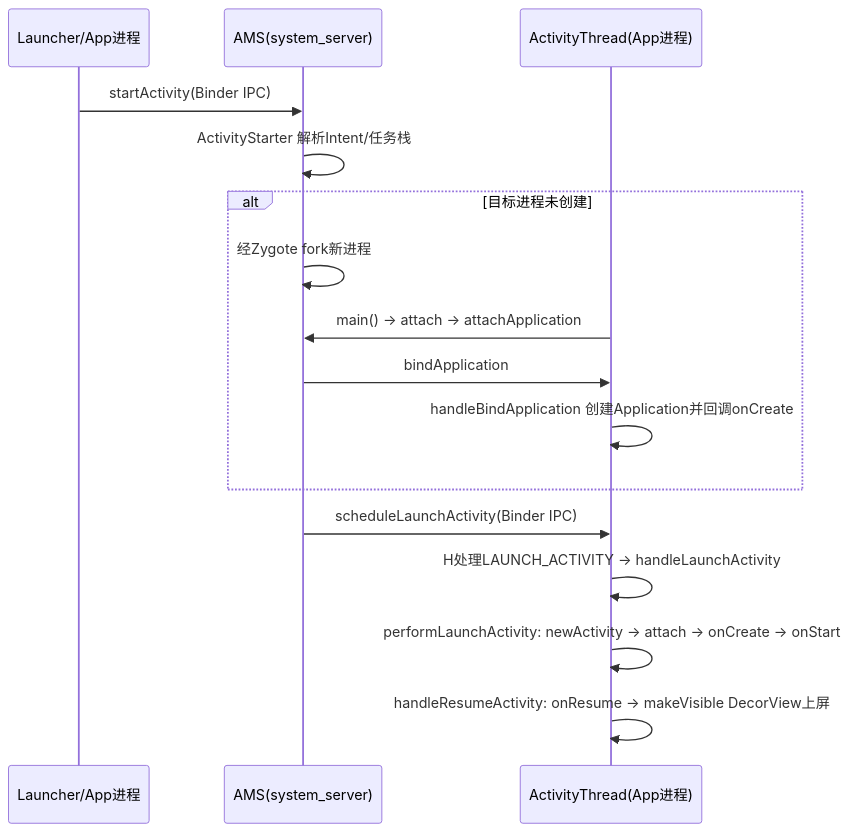
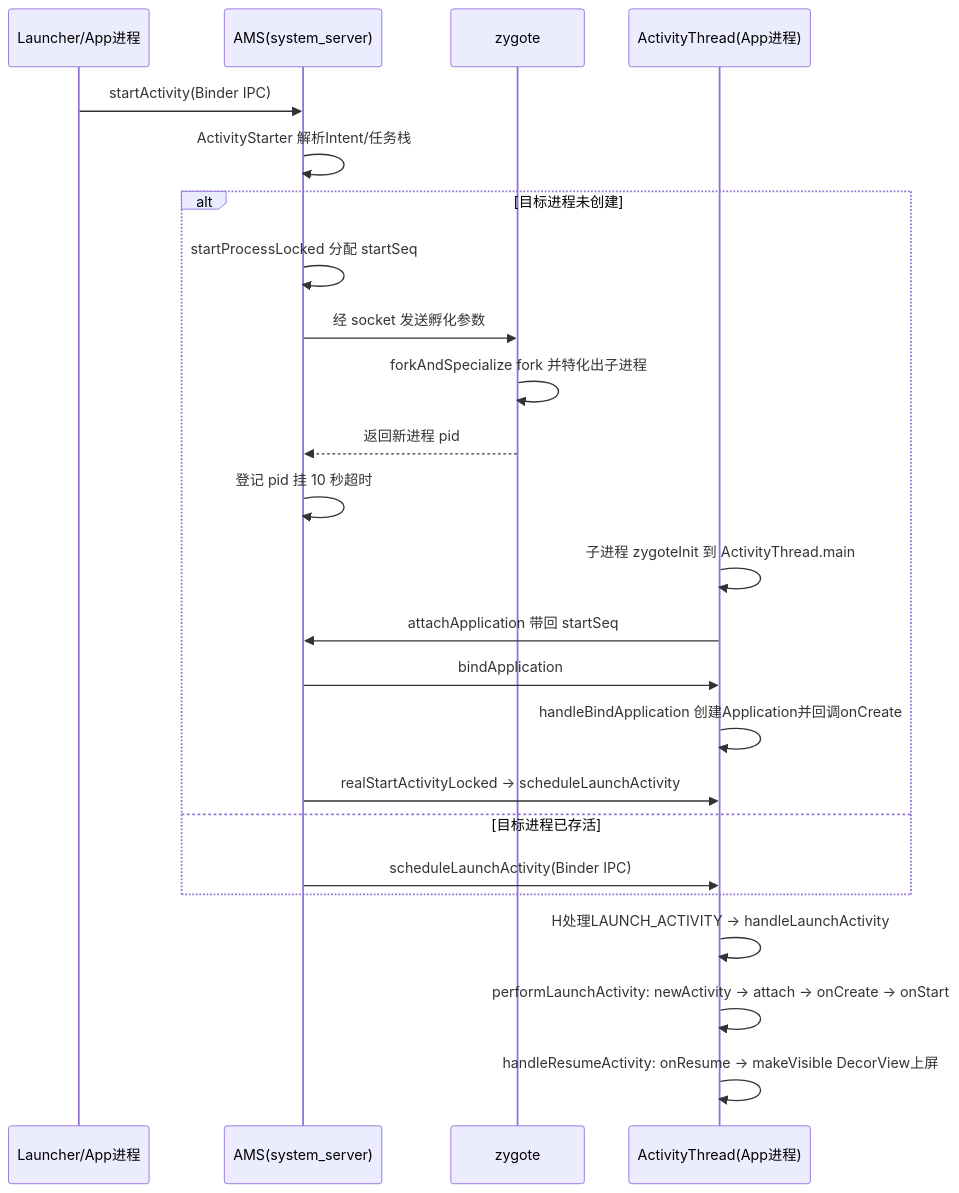
The fifth of 5 diagrams in Android/Android源码分析/AndroidActivity源码分析.md (coswit/coswit.github.io), drawn with Mermaid before and after one commit. The commit also changed other lines of this file, not shown here.

````diff
--- a/Android/Android源码分析/AndroidActivity源码分析.md
+++ b/Android/Android源码分析/AndroidActivity源码分析.md
@@ -857,19 +1226,27 @@
 ```mermaid
 sequenceDiagram
     participant L as Launcher/App进程
     participant A as AMS(system_server)
+    participant Z as zygote
     participant T as ActivityThread(App进程)
 
     L->>A: startActivity(Binder IPC)
     A->>A: ActivityStarter 解析Intent/任务栈
     alt 目标进程未创建
-        A->>A: 经Zygote fork新进程
-        T->>A: main() → attach → attachApplication
+        A->>A: startProcessLocked 分配 startSeq
+        A->>Z: 经 socket 发送孵化参数
+        Z->>Z: forkAndSpecialize fork 并特化出子进程
+        Z-->>A: 返回新进程 pid
+        A->>A: 登记 pid 挂 10 秒超时
+        T->>T: 子进程 zygoteInit 到 ActivityThread.main
+        T->>A: attachApplication 带回 startSeq
         A->>T: bindApplication
         T->>T: handleBindApplication 创建Application并回调onCreate
+        A->>T: realStartActivityLocked → scheduleLaunchActivity
+    else 目标进程已存活
+        A->>T: scheduleLaunchActivity(Binder IPC)
     end
-    A->>T: scheduleLaunchActivity(Binder IPC)
     T->>T: H处理LAUNCH_ACTIVITY → handleLaunchActivity
     T->>T: performLaunchActivity: newActivity → attach → onCreate → onStart
     T->>T: handleResumeActivity: onResume → makeVisible DecorView上屏
 ```
````
